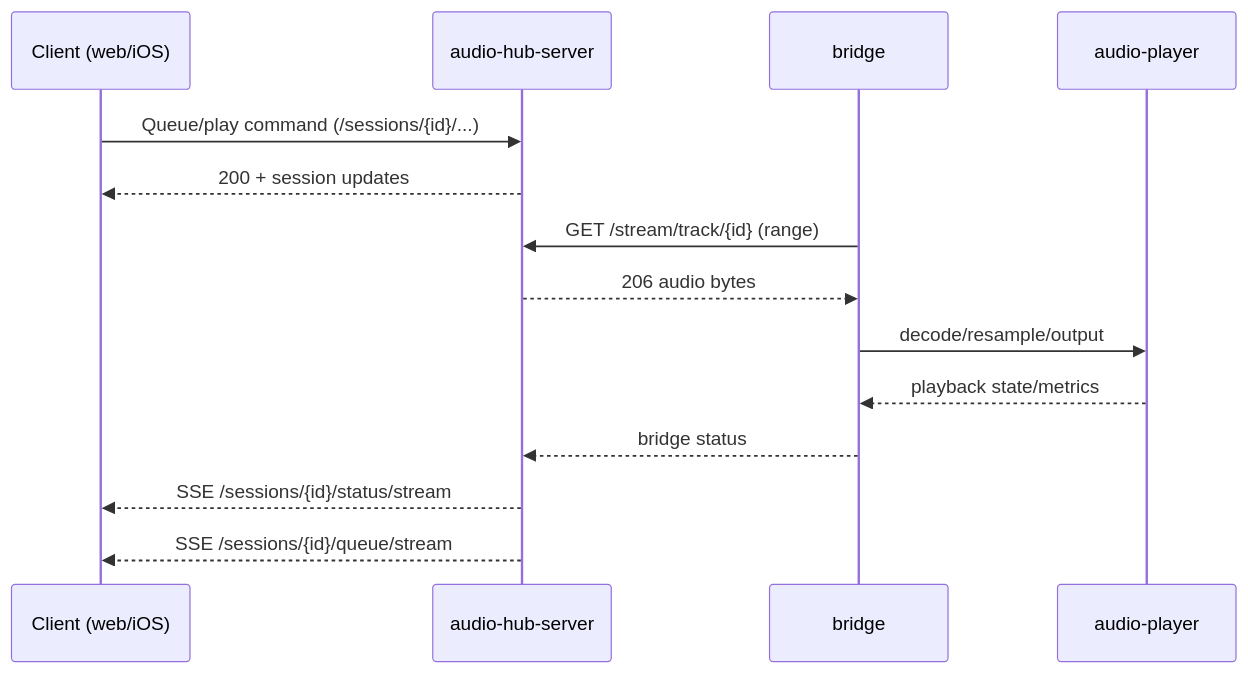
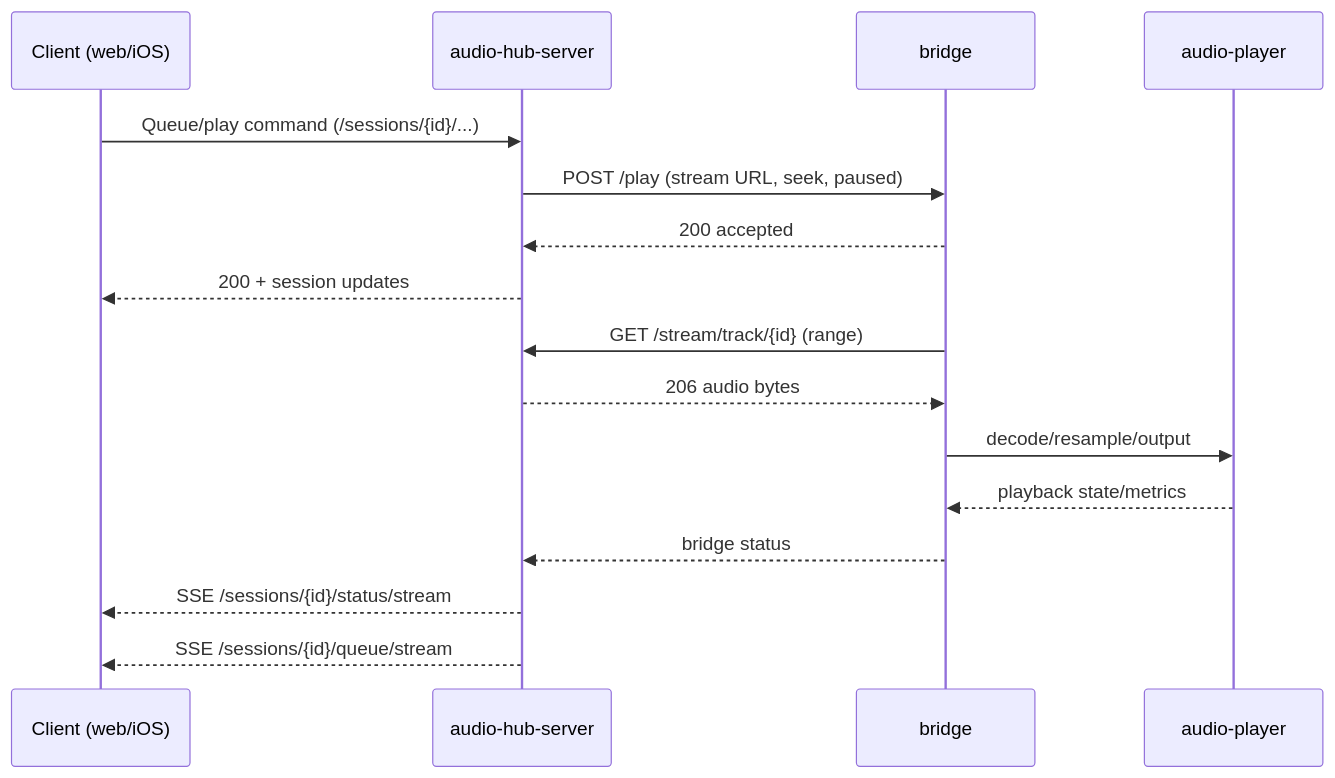
The fifth of 9 diagrams in docs/architecture.md (dariusbakunas/audio-bridge), drawn with Mermaid before and after one commit.

````diff
--- a/docs/architecture.md
+++ b/docs/architecture.md
@@ -108,20 +108,22 @@
 ```mermaid
 sequenceDiagram
     participant UI as Client (web/iOS)
     participant HUB as audio-hub-server
     participant BR as bridge
     participant AP as audio-player
 
     UI->>HUB: Queue/play command (/sessions/{id}/...)
+    HUB->>BR: POST /play (stream URL, seek, paused)
+    BR-->>HUB: 200 accepted
     HUB-->>UI: 200 + session updates
 
     BR->>HUB: GET /stream/track/{id} (range)
     HUB-->>BR: 206 audio bytes
 
     BR->>AP: decode/resample/output
     AP-->>BR: playback state/metrics
     BR-->>HUB: bridge status
 
     HUB-->>UI: SSE /sessions/{id}/status/stream
     HUB-->>UI: SSE /sessions/{id}/queue/stream
 ```
````
